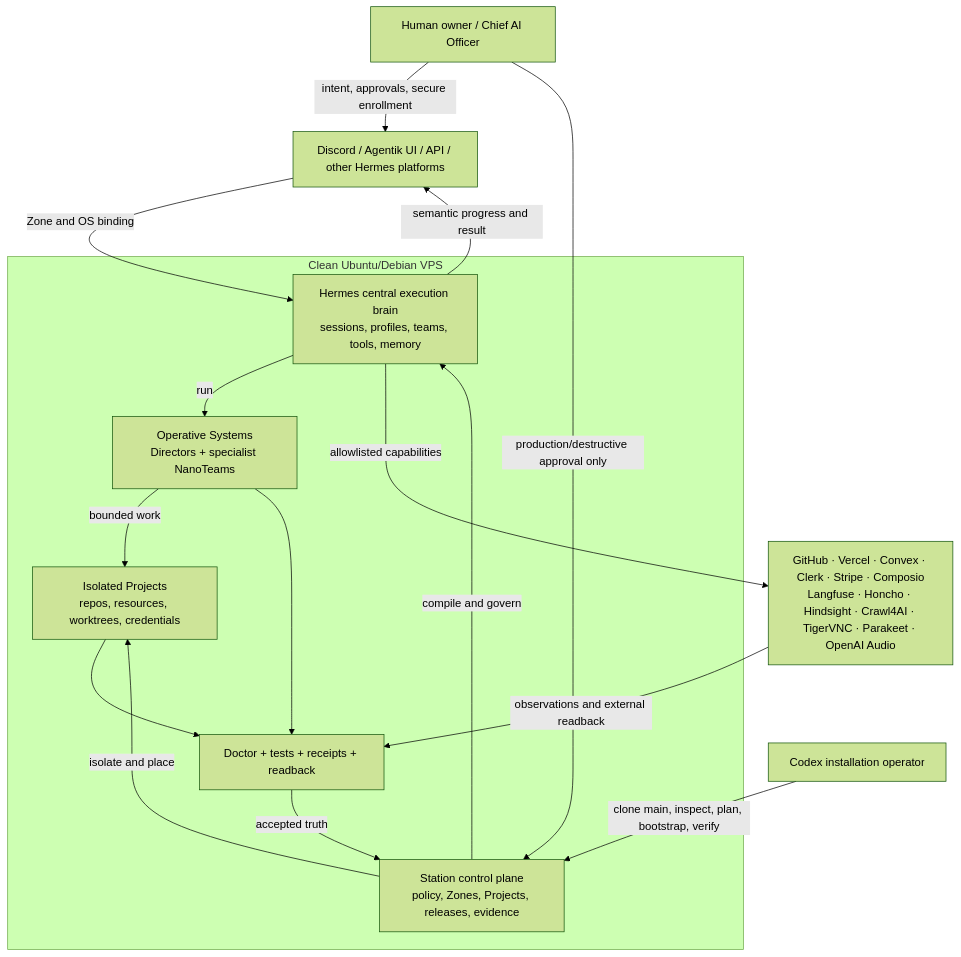
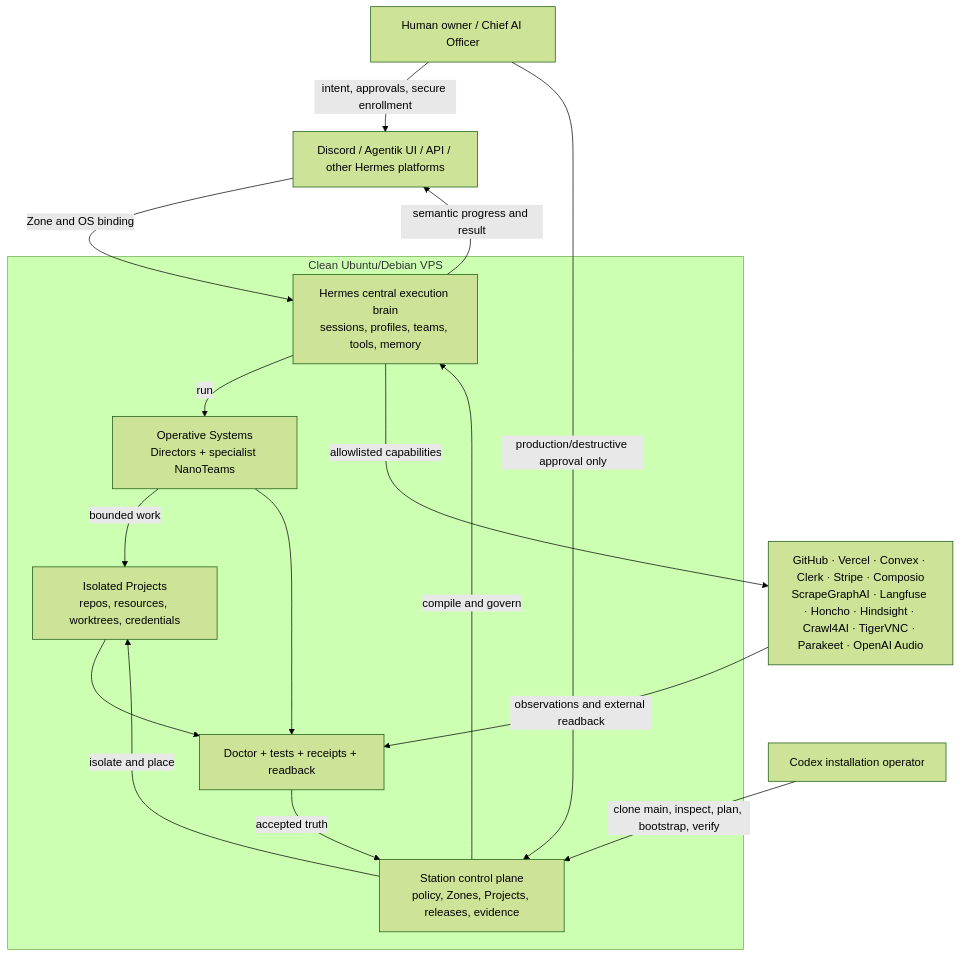
One commit to agentik-os/agentik-station changed the diagram in README.md. Above: the diagram before and after it, drawn with Mermaid (forest theme). The commit also changed other lines of this file and 29 other files, not shown here.

````diff
--- a/README.md
+++ b/README.md
@@ -54,28 +54,28 @@
 ```mermaid
 flowchart TB
     OWNER[Human owner / Chief AI Officer] -->|intent, approvals, secure enrollment| UX
     CODEX[Codex installation operator] -->|clone main, inspect, plan, bootstrap, verify| STATION
 
     subgraph VPS[Clean Ubuntu/Debian VPS]
         STATION[Station control plane<br/>policy, Zones, Projects, releases, evidence]
         HERMES[Hermes central execution brain<br/>sessions, profiles, teams, tools, memory]
         OS[Operative Systems<br/>Directors + specialist NanoTeams]
         PROJECTS[Isolated Projects<br/>repos, resources, worktrees, credentials]
         PROOF[Doctor + tests + receipts + readback]
 
         STATION -->|compile and govern| HERMES
         STATION -->|isolate and place| PROJECTS
         HERMES -->|run| OS
         OS -->|bounded work| PROJECTS
         PROJECTS --> PROOF
         OS --> PROOF
         PROOF -->|accepted truth| STATION
     end
 
     UX[Discord / Agentik UI / API / other Hermes platforms] -->|Zone and OS binding| HERMES
     HERMES -->|semantic progress and result| UX
     HERMES -->|allowlisted capabilities| TOOLS
-    TOOLS[GitHub · Vercel · Convex · Clerk · Stripe · Composio<br/>Langfuse · Honcho · Hindsight · Crawl4AI · TigerVNC · Parakeet · OpenAI Audio]
+    TOOLS[GitHub · Vercel · Convex · Clerk · Stripe · Composio<br/>ScrapeGraphAI · Langfuse · Honcho · Hindsight · Crawl4AI · TigerVNC · Parakeet · OpenAI Audio]
     TOOLS -->|observations and external readback| PROOF
     OWNER -->|production/destructive approval only| STATION
 ```
````
